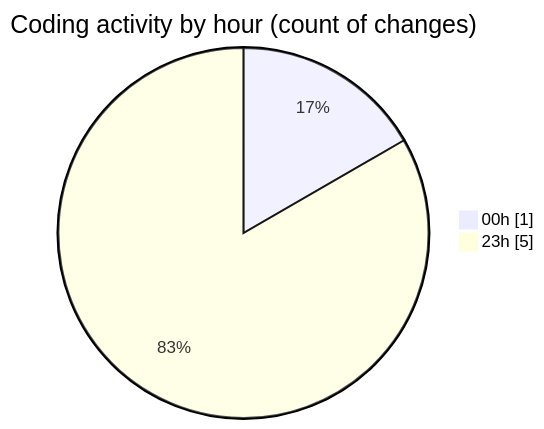
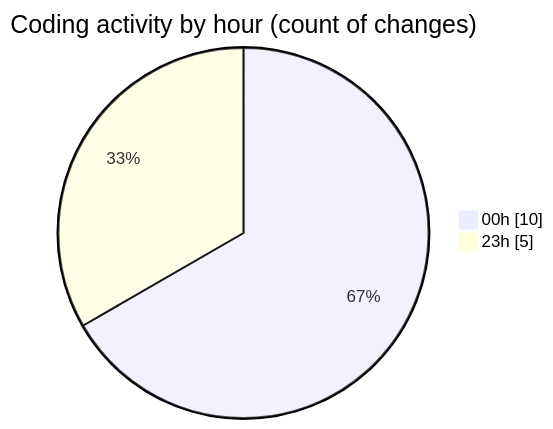
Before and after one commit to julien-gomy/code-tracking: the second of 2 diagrams in 2025-11-27/eventscop-frontend-guide__workspace_/README.md, drawn with Mermaid. The commit also changed other lines of this file and 1 other file, not shown here.

````diff
--- a/2025-11-27/eventscop-frontend-guide__workspace_/README.md
+++ b/2025-11-27/eventscop-frontend-guide__workspace_/README.md
@@ -34,6 +36,6 @@
 ```mermaid
 pie showData
 title Coding activity by hour (count of changes)
-"00h" : 1
+"00h" : 10
 "23h" : 5
 ```
````
